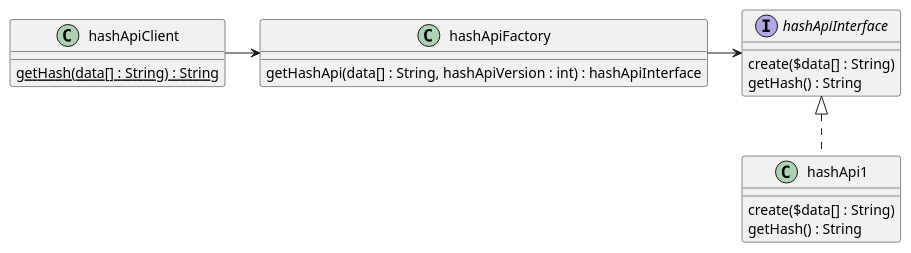
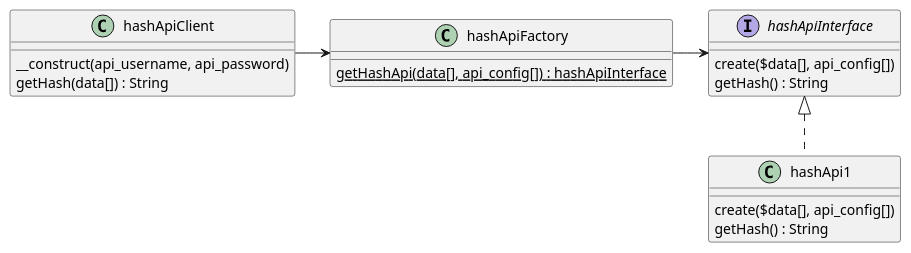
The diagram in src/AppBundle/Hashtest/diagram.puml (rfuente-randock/randhash), drawn with PlantUML before and after one commit. The commit also changed 13 other files, not shown here.

```diff
--- a/src/AppBundle/Hashtest/diagram.puml
+++ b/src/AppBundle/Hashtest/diagram.puml
@@ -1,24 +1,25 @@
 @startuml
 
 class hashApiClient{
-    {static} getHash(data[] : String) : String
+    __construct(api_username, api_password)
+    getHash(data[]) : String
 }
 
 class hashApiFactory{
-    getHashApi(data[] : String, hashApiVersion : int) : hashApiInterface
+    {static} getHashApi(data[], api_config[]) : hashApiInterface
 }
 
 interface hashApiInterface{
-    create($data[] : String)
+    create($data[], api_config[])
     getHash() : String
 }
 
 class hashApi1 implements hashApiInterface{
-    create($data[] : String)
+    create($data[], api_config[])
     getHash() : String
 }
 
 hashApiFactory->hashApiInterface
 hashApiClient->hashApiFactory
 
 @enduml
```
